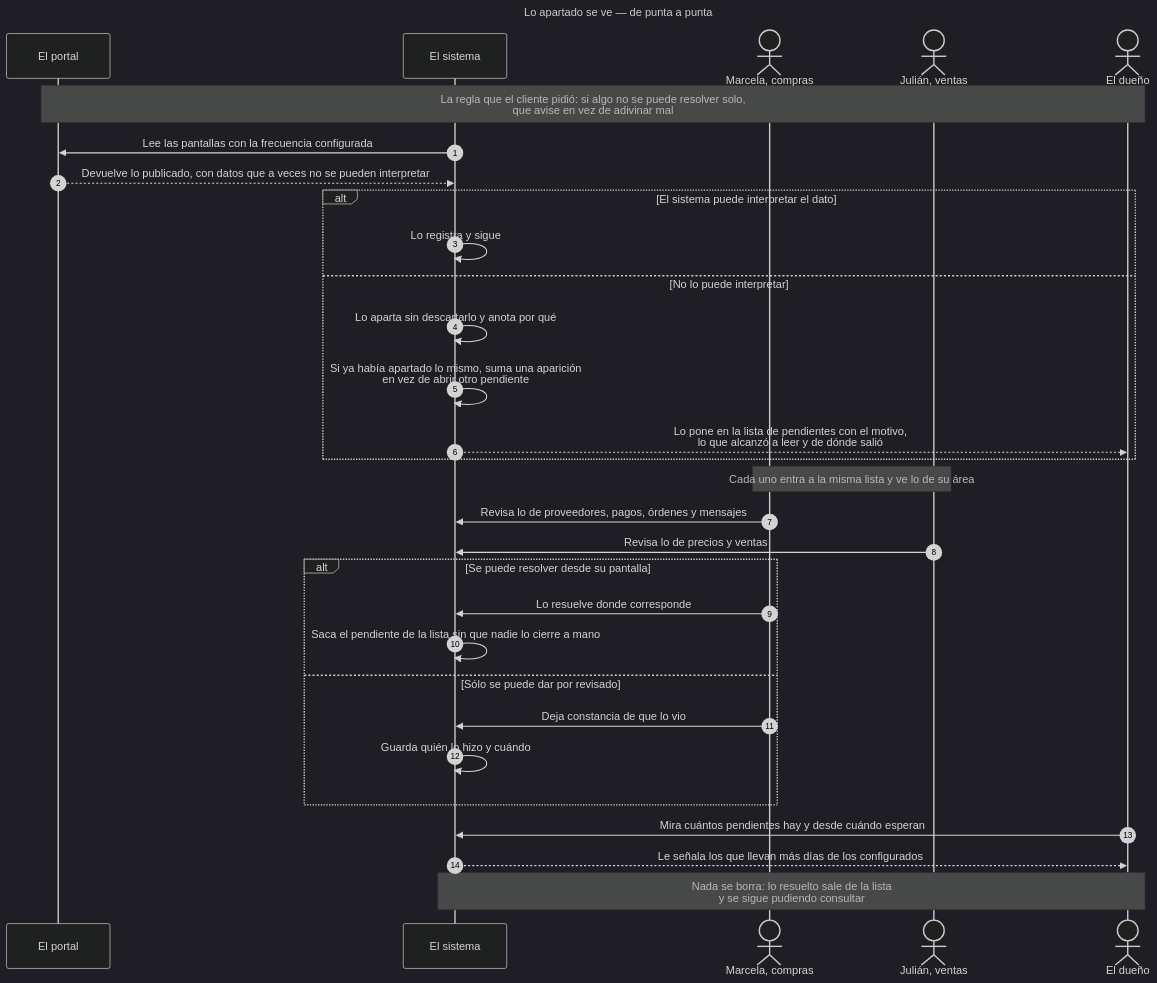
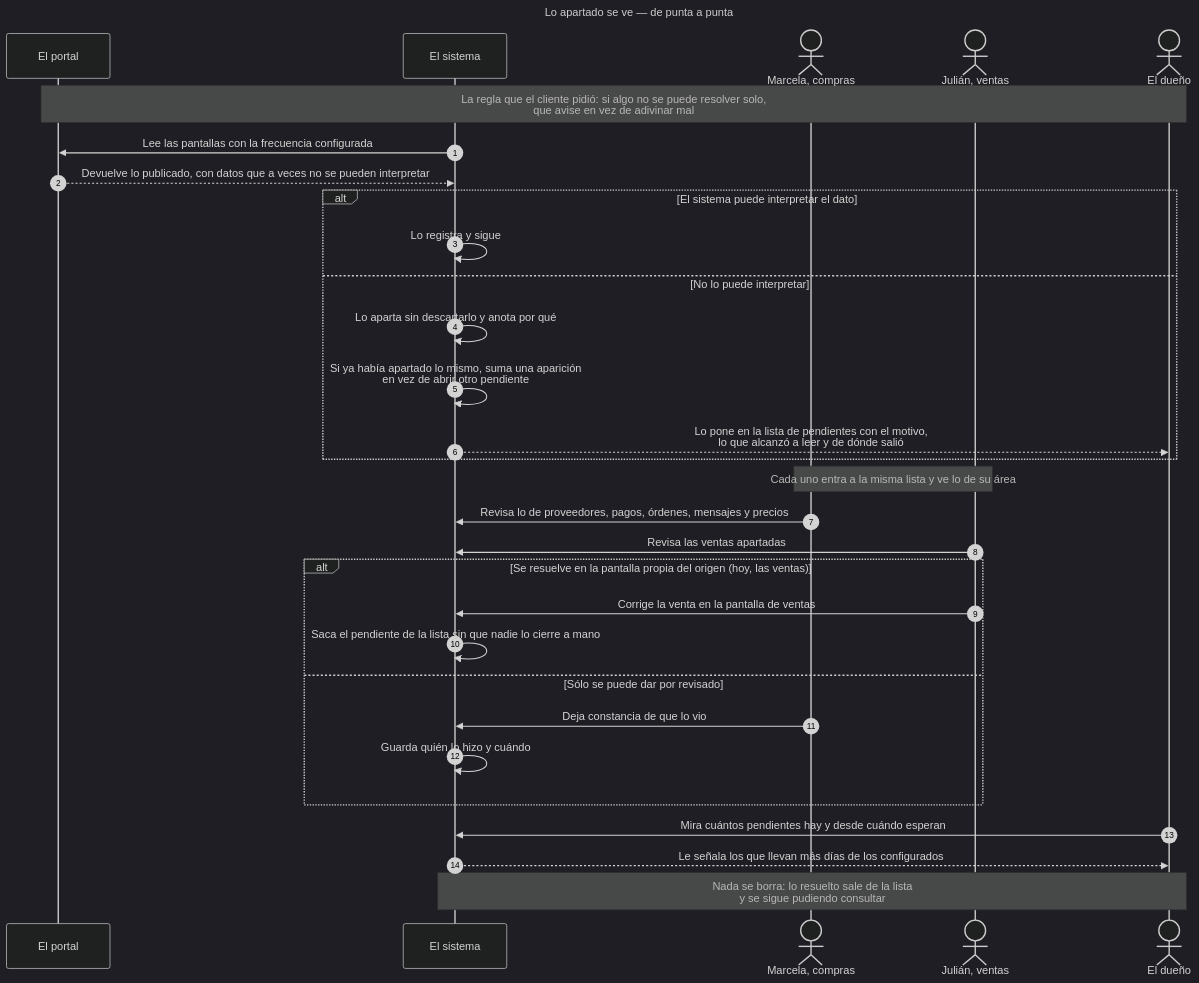
Before and after one commit to leandrocarriego/prueba-tecnica-fde-archytas: the third of 6 diagrams in docs/specs/011-set-aside-visibility/diagrams/README.md, drawn with Mermaid (dark theme). The commit also changed other lines of this file and 114 other files, not shown here.

````diff
--- a/docs/specs/011-set-aside-visibility/diagrams/README.md
+++ b/docs/specs/011-set-aside-visibility/diagrams/README.md
@@ -50,42 +51,42 @@
 ```mermaid
 ---
 title: Lo apartado se ve — de punta a punta
 ---
 sequenceDiagram
     autonumber
     participant Portal as El portal
     participant Sistema as El sistema
     actor Marcela as Marcela, compras
     actor Julian as Julián, ventas
     actor Duenio as El dueño
 
     Note over Portal,Duenio: La regla que el cliente pidió: si algo no se puede resolver solo,<br/>que avise en vez de adivinar mal
 
     Sistema->>Portal: Lee las pantallas con la frecuencia configurada
     Portal-->>Sistema: Devuelve lo publicado, con datos que a veces no se pueden interpretar
 
     alt El sistema puede interpretar el dato
         Sistema->>Sistema: Lo registra y sigue
     else No lo puede interpretar
         Sistema->>Sistema: Lo aparta sin descartarlo y anota por qué
         Sistema->>Sistema: Si ya había apartado lo mismo, suma una aparición<br/>en vez de abrir otro pendiente
         Sistema-->>Duenio: Lo pone en la lista de pendientes con el motivo,<br/>lo que alcanzó a leer y de dónde salió
     end
 
     Note over Marcela,Julian: Cada uno entra a la misma lista y ve lo de su área
 
-    Marcela->>Sistema: Revisa lo de proveedores, pagos, órdenes y mensajes
-    Julian->>Sistema: Revisa lo de precios y ventas
+    Marcela->>Sistema: Revisa lo de proveedores, pagos, órdenes, mensajes y precios
+    Julian->>Sistema: Revisa las ventas apartadas
 
-    alt Se puede resolver desde su pantalla
-        Marcela->>Sistema: Lo resuelve donde corresponde
+    alt Se resuelve en la pantalla propia del origen (hoy, las ventas)
+        Julian->>Sistema: Corrige la venta en la pantalla de ventas
         Sistema->>Sistema: Saca el pendiente de la lista sin que nadie lo cierre a mano
     else Sólo se puede dar por revisado
         Marcela->>Sistema: Deja constancia de que lo vio
         Sistema->>Sistema: Guarda quién lo hizo y cuándo
     end
 
     Duenio->>Sistema: Mira cuántos pendientes hay y desde cuándo esperan
     Sistema-->>Duenio: Le señala los que llevan más días de los configurados
     Note over Sistema,Duenio: Nada se borra: lo resuelto sale de la lista<br/>y se sigue pudiendo consultar
 ```
````
